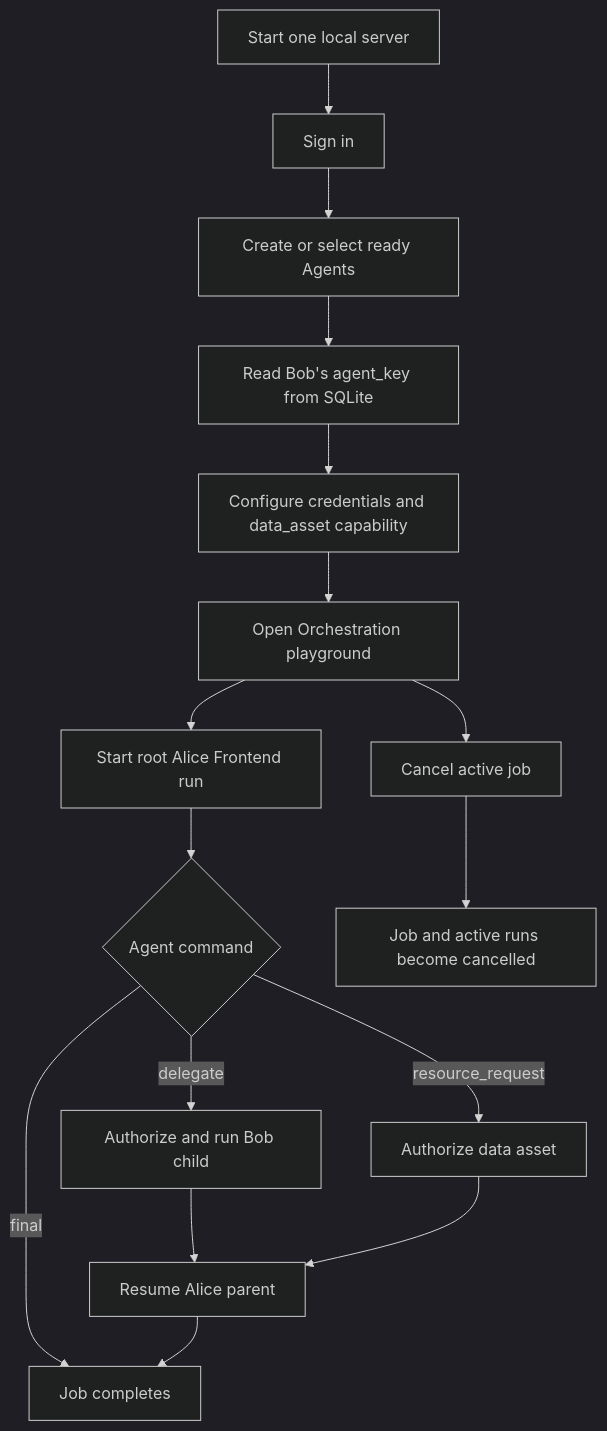
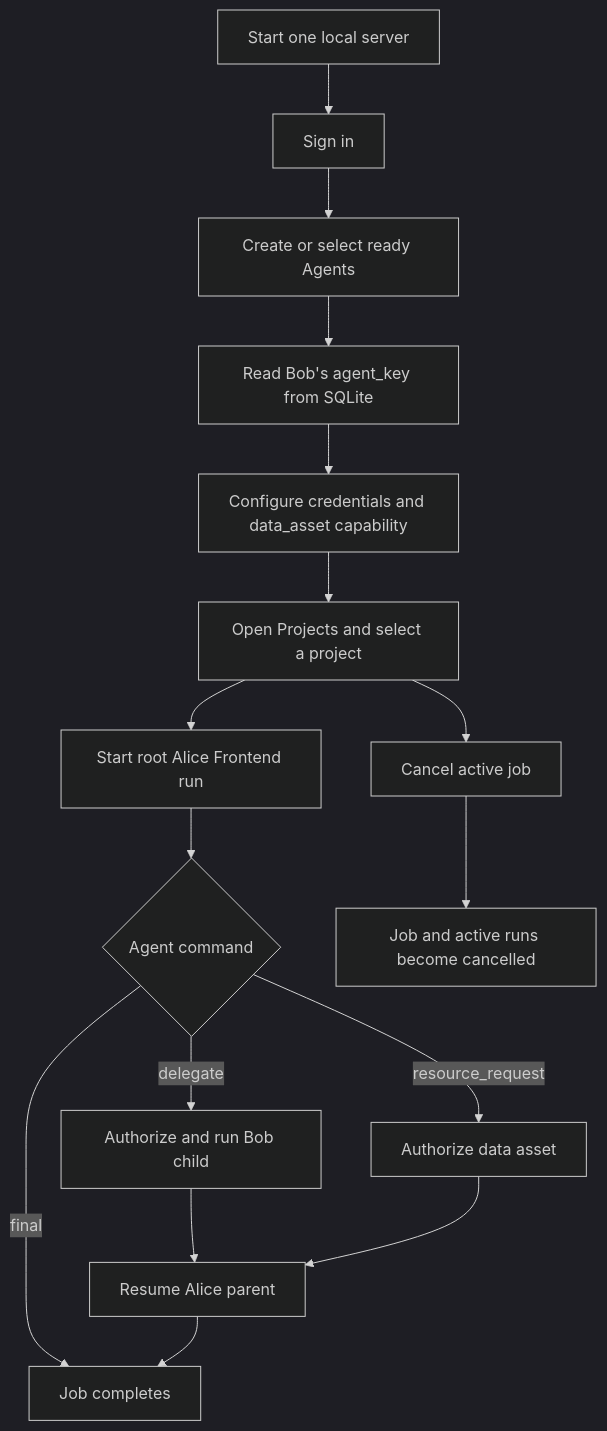
Before and after one commit to Zerius7733/tictac-techjam: the diagram in docs/ORCHESTRATION_FRONTEND_TESTING.md, drawn with Mermaid (dark theme). The commit also changed other lines of this file and 30 other files, not shown here.

````diff
--- a/docs/ORCHESTRATION_FRONTEND_TESTING.md
+++ b/docs/ORCHESTRATION_FRONTEND_TESTING.md
@@ -15,18 +16,18 @@
 ```mermaid
 flowchart TD
     A[Start one local server] --> B[Sign in]
     B --> C[Create or select ready Agents]
     C --> D[Read Bob's agent_key from SQLite]
     D --> E[Configure credentials and data_asset capability]
-    E --> F[Open Orchestration playground]
+    E --> F[Open Projects and select a project]
     F --> G[Start root Alice Frontend run]
     G --> H{Agent command}
     H -->|final| I[Job completes]
     H -->|delegate| J[Authorize and run Bob child]
     H -->|resource_request| K[Authorize data asset]
     J --> L[Resume Alice parent]
     K --> L
     L --> I
     F --> M[Cancel active job]
     M --> N[Job and active runs become cancelled]
 ```
````
